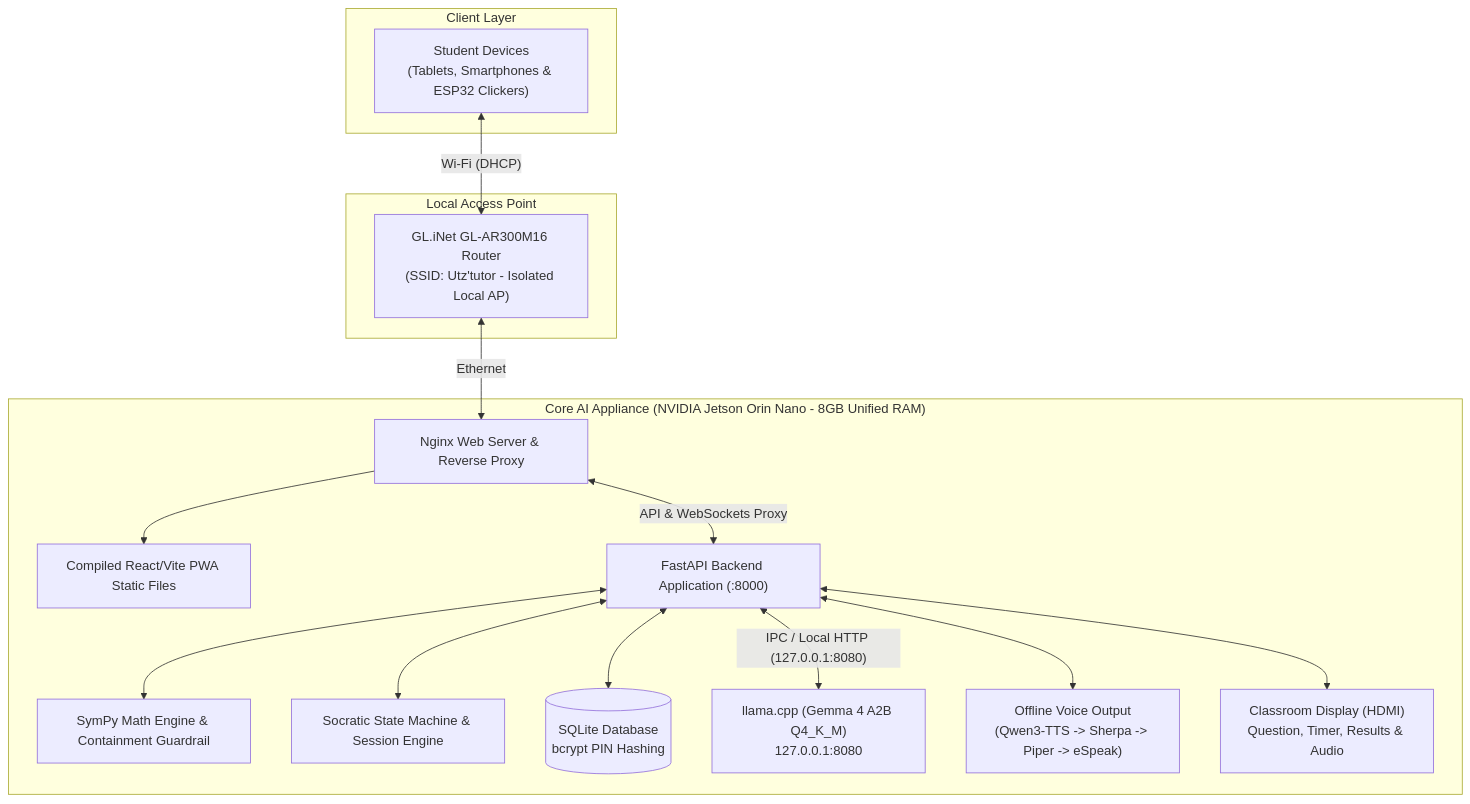
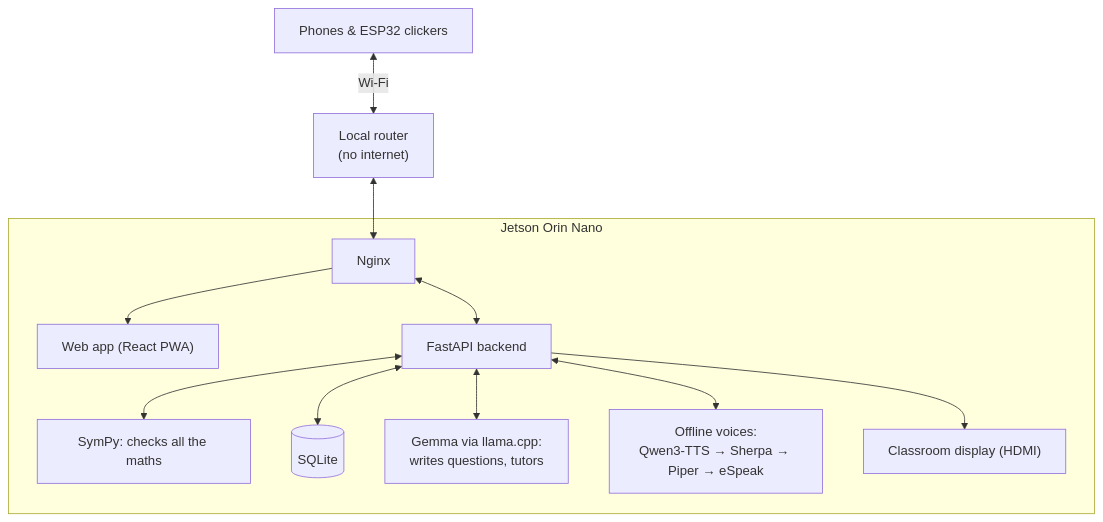
Before and after one commit to GabGP/TutorBox: the diagram in README.md, drawn with Mermaid. The commit also changed other lines of this file and 9 other files, not shown here.

Commit message:
docs: showcase the classroom quiz in the readme with a recorded session

````diff
--- a/README.md
+++ b/README.md
@@ -40,30 +188,14 @@
 ```mermaid
 graph TD
-    subgraph AP ["Local Access Point"]
-        Router["GL.iNet GL-AR300M16 Router<br/>(SSID: Utz'tutor - Isolated Local AP)"]
+    Students["Phones & ESP32 clickers"] <-->|Wi-Fi| Router["Local router<br/>(no internet)"]
+    Router <--> Nginx["Nginx"]
+    subgraph Box ["Jetson Orin Nano"]
+        Nginx --> PWA["Web app (React PWA)"]
+        Nginx <--> API["FastAPI backend"]
+        API <--> SymPy["SymPy: checks all the maths"]
+        API <--> DB[("SQLite")]
+        API <--> LLM["Gemma via llama.cpp:<br/>writes questions, tutors"]
+        API <--> Voice["Offline voices:<br/>Qwen3-TTS → Sherpa → Piper → eSpeak"]
+        API --> HDMI["Classroom display (HDMI)"]
     end
-    subgraph Clients ["Client Layer"]
-        Students["Student Devices<br/>(Tablets, Smartphones & ESP32 Clickers)"]
-    end
-    subgraph Core ["Core AI Appliance (NVIDIA Jetson Orin Nano - 8GB Unified RAM)"]
-        Nginx["Nginx Web Server & Reverse Proxy"]
-        PWA["Compiled React/Vite PWA Static Files"]
-        FastAPI["FastAPI Backend Application (:8000)"]
-        SymPy["SymPy Math Engine & Containment Guardrail"]
-        Pedagogy["Socratic State Machine & Session Engine"]
-        SQLite[("SQLite Database<br/>bcrypt PIN Hashing")]
-        LLM["llama.cpp (Gemma 4 A2B Q4_K_M)<br/>127.0.0.1:8080"]
-        TTS["Offline Voice Output<br/>(Qwen3-TTS -> Sherpa -> Piper -> eSpeak)"]
-        HDMI["Classroom Display (HDMI)<br/>Question, Timer, Results & Audio"]
-    end
-    Students <-->|"Wi-Fi (DHCP)"| Router
-    Router <-->|"Ethernet"| Nginx
-    Nginx --> PWA
-    Nginx <-->|"API & WebSockets Proxy"| FastAPI
-    FastAPI <--> SymPy
-    FastAPI <--> Pedagogy
-    FastAPI <--> SQLite
-    FastAPI <-->|"IPC / Local HTTP (127.0.0.1:8080)"| LLM
-    FastAPI <--> TTS
-    FastAPI <--> HDMI
 ```
````
